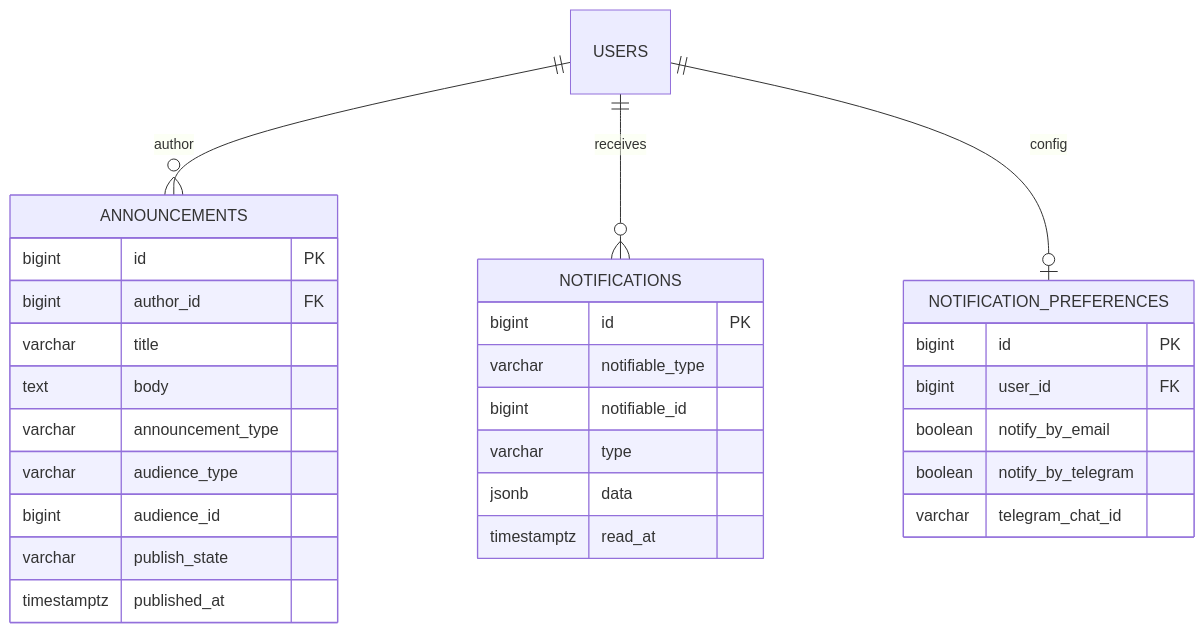
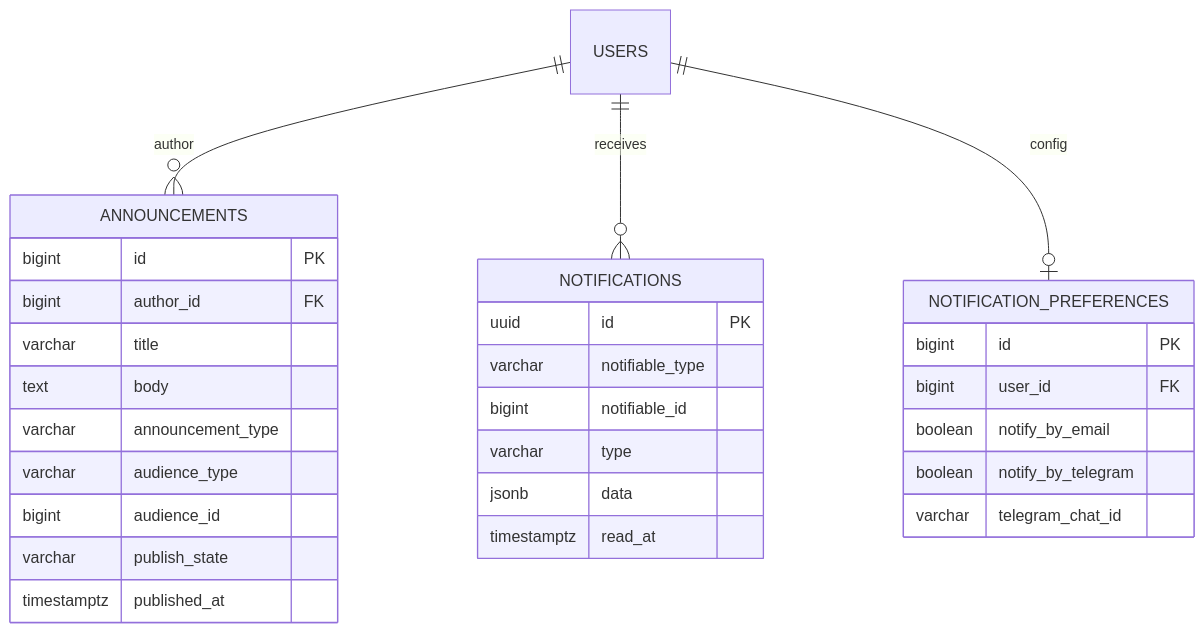
The diagram in docs/database/erd/communication.md (RITH-1437/educore), drawn with Mermaid before and after one commit. The commit also changed other lines of this file and 41 other files, not shown here.

````diff
--- a/docs/database/erd/communication.md
+++ b/docs/database/erd/communication.md
@@ -5,33 +5,33 @@
 ```mermaid
 erDiagram
     USERS ||--o{ ANNOUNCEMENTS : "author"
     USERS ||--o{ NOTIFICATIONS : "receives"
     USERS ||--o| NOTIFICATION_PREFERENCES : "config"
 
     ANNOUNCEMENTS {
         bigint id PK
         bigint author_id FK
         varchar title
         text body
         varchar announcement_type
         varchar audience_type
         bigint audience_id
         varchar publish_state
         timestamptz published_at
     }
     NOTIFICATIONS {
-        bigint id PK
+        uuid id PK
         varchar notifiable_type
         bigint notifiable_id
         varchar type
         jsonb data
         timestamptz read_at
     }
     NOTIFICATION_PREFERENCES {
         bigint id PK
         bigint user_id FK
         boolean notify_by_email
         boolean notify_by_telegram
         varchar telegram_chat_id
     }
 ```
````
